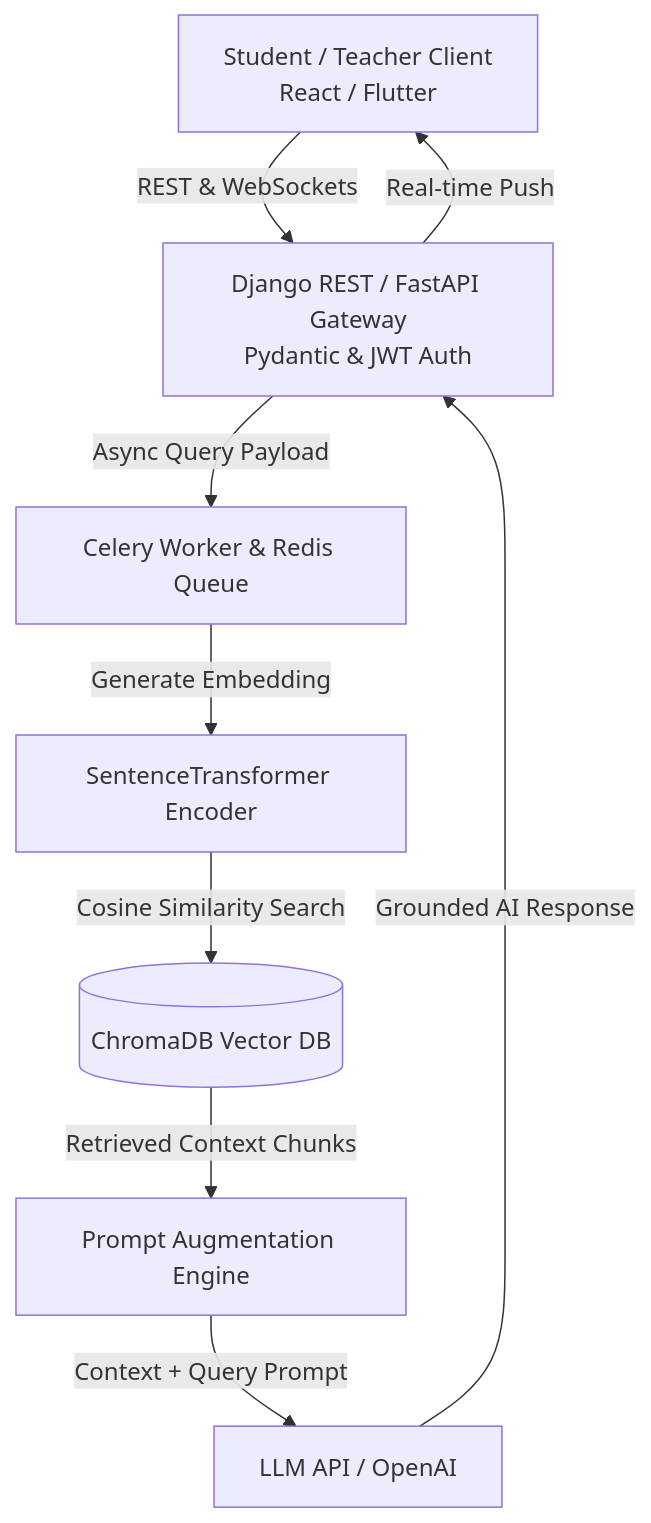
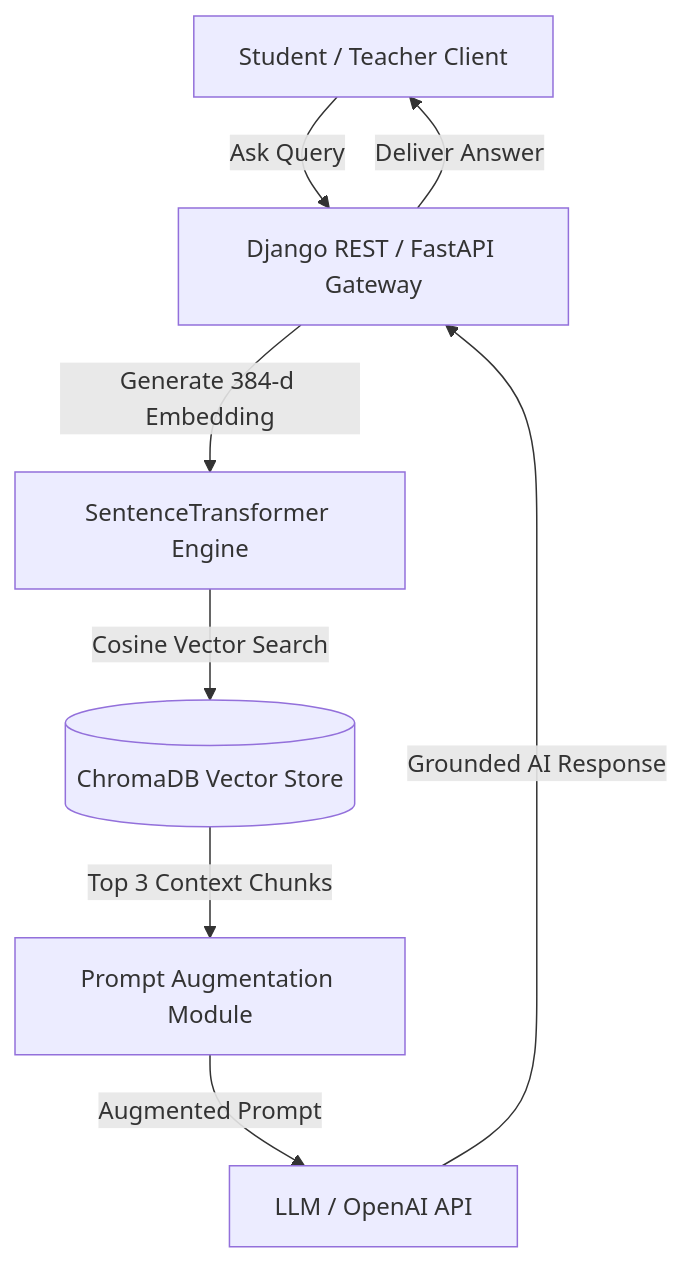
One commit to sridhar8910/sridhar8910 changed the first of 4 diagrams in README.md. Above: the diagram before and after it, drawn with Mermaid. The commit also changed other lines of this file, not shown here.

Commit message:
docs: add dynamic multi-stream recruiter matrix and role-specific architecture flowcharts to README

````diff
--- a/README.md
+++ b/README.md
@@ -45,11 +70,10 @@
 ```mermaid
 flowchart TD
-    A[Student / Teacher Client\nReact / Flutter] -->|REST & WebSockets| B[Django REST / FastAPI Gateway\nPydantic & JWT Auth]
-    B -->|Async Query Payload| C[Celery Worker & Redis Queue]
-    C -->|Generate Embedding| D[SentenceTransformer Encoder]
-    D -->|Cosine Similarity Search| E[(ChromaDB Vector DB)]
-    E -->|Retrieved Context Chunks| F[Prompt Augmentation Engine]
-    F -->|Context + Query Prompt| G[LLM API / OpenAI]
-    G -->|Grounded AI Response| B
-    B -->|Real-time Push| A
+    A[Student / Teacher Client] -->|Ask Query| B[Django REST / FastAPI Gateway]
+    B -->|Generate 384-d Embedding| C[SentenceTransformer Engine]
+    C -->|Cosine Vector Search| D[(ChromaDB Vector Store)]
+    D -->|Top 3 Context Chunks| E[Prompt Augmentation Module]
+    E -->|Augmented Prompt| F[LLM / OpenAI API]
+    F -->|Grounded AI Response| B
+    B -->|Deliver Answer| A
 ```
````
